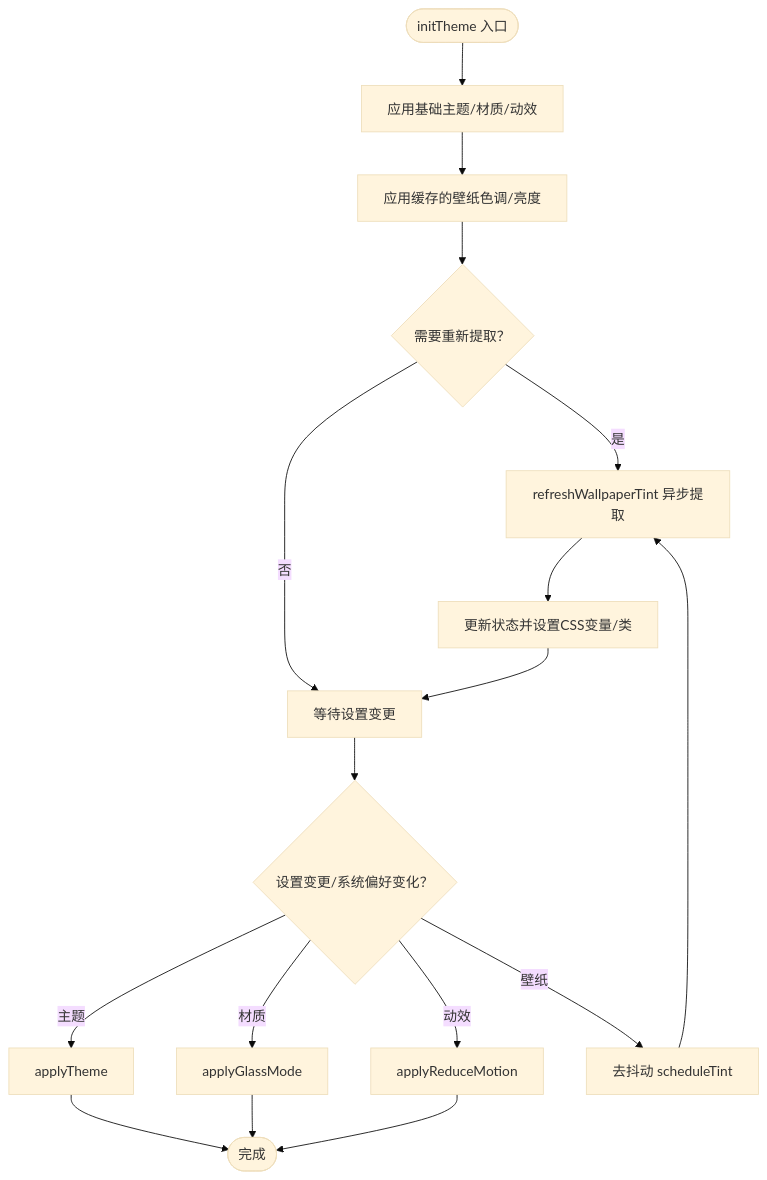
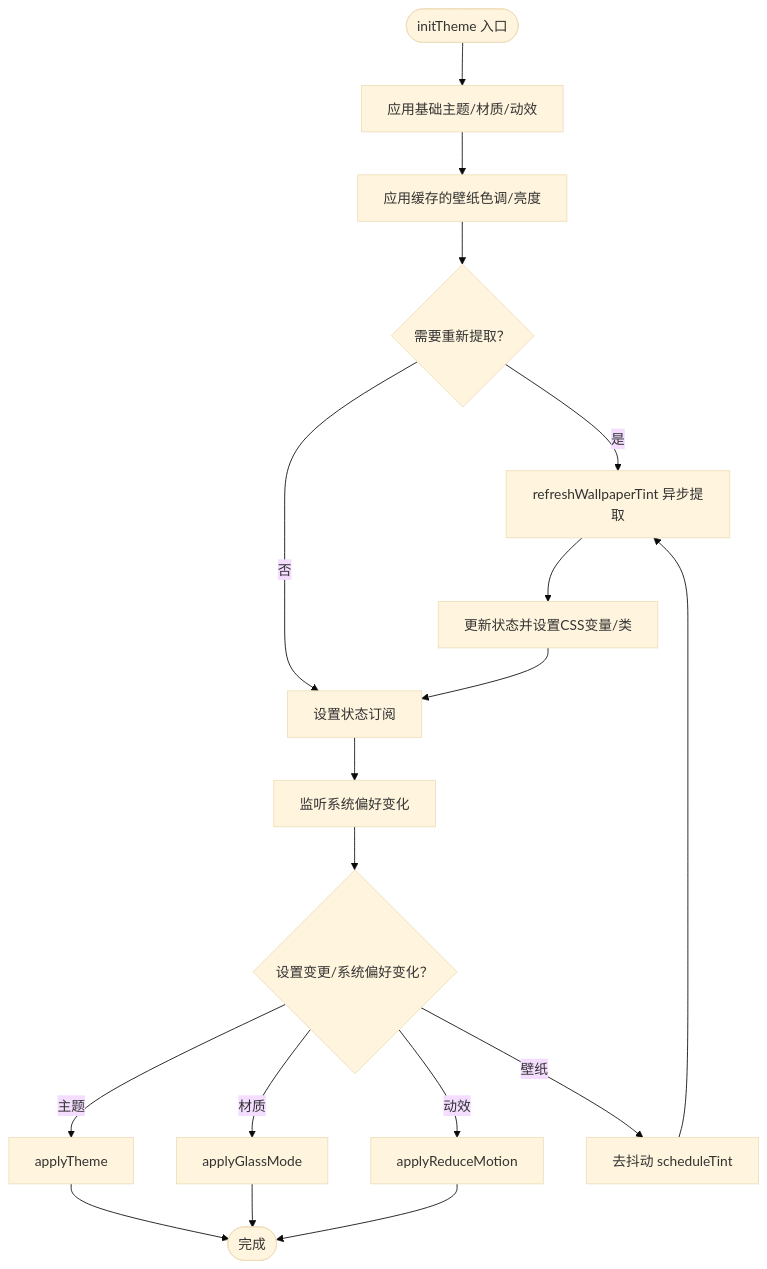
The third of 5 diagrams in .qoder/repowiki/zh/content/设置与配置系统/主题配置模块.md (Zy0913/xtab), drawn with Mermaid (base theme) before and after one commit. The commit also changed other lines of this file and 15 other files, not shown here.

````diff
--- a/.qoder/repowiki/zh/content/设置与配置系统/主题配置模块.md
+++ b/.qoder/repowiki/zh/content/设置与配置系统/主题配置模块.md
@@ -161,19 +183,20 @@
 ```mermaid
 flowchart TD
 Start(["initTheme 入口"]) --> ApplyBase["应用基础主题/材质/动效"]
 ApplyBase --> ApplyCached["应用缓存的壁纸色调/亮度"]
 ApplyCached --> NeedsExtract{"需要重新提取？"}
 NeedsExtract --> |是| Refresh["refreshWallpaperTint 异步提取"]
-NeedsExtract --> |否| Wait["等待设置变更"]
+NeedsExtract --> |否| SetupSubscriptions["设置状态订阅"]
 Refresh --> SetVars["更新状态并设置CSS变量/类"]
-SetVars --> Wait
-Wait --> OnChange{"设置变更/系统偏好变化？"}
+SetVars --> SetupSubscriptions
+SetupSubscriptions --> ListenSystem["监听系统偏好变化"]
+ListenSystem --> OnChange{"设置变更/系统偏好变化？"}
 OnChange --> |主题| ApplyTheme["applyTheme"]
 OnChange --> |材质| ApplyGlass["applyGlassMode"]
 OnChange --> |动效| ApplyMotion["applyReduceMotion"]
 OnChange --> |壁纸| Debounce["去抖动 scheduleTint"]
 Debounce --> Refresh
 ApplyTheme --> End(["完成"])
 ApplyGlass --> End
 ApplyMotion --> End
 ```
````
